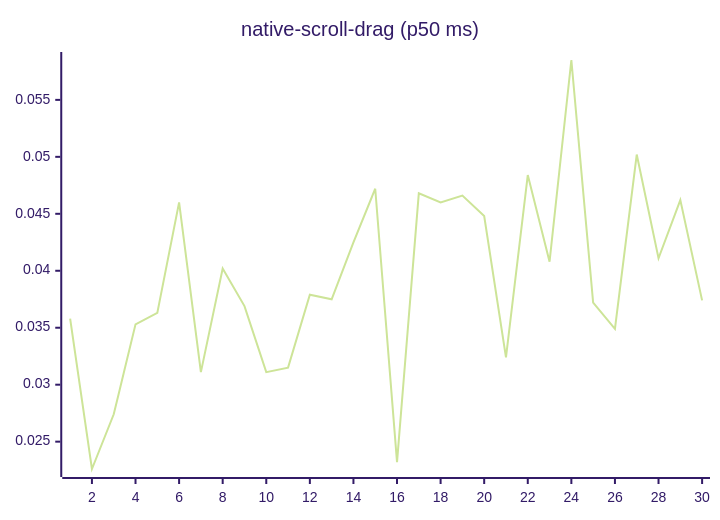
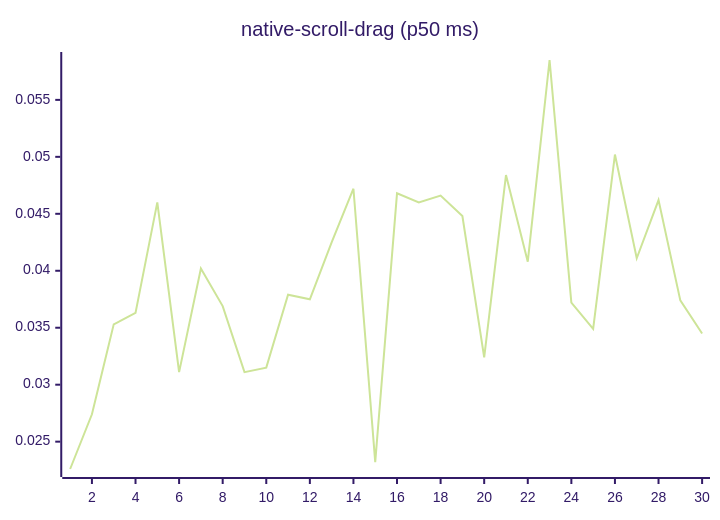
One commit to josha/Facet changed diagram 14 of 27 in README.md. Above: the diagram before and after it, drawn with Mermaid (forest theme). The commit also changed other lines of this file and 2 other files, not shown here.

````diff
--- a/README.md
+++ b/README.md
@@ -154,6 +154,6 @@
 ```mermaid
 xychart-beta
     title "native-scroll-drag (p50 ms)"
     x-axis 1 --> 30
-    line [0.0358, 0.0226, 0.0274, 0.0353, 0.0363, 0.0460, 0.0311, 0.0402, 0.0369, 0.0311, 0.0315, 0.0379, 0.0375, 0.0425, 0.0472, 0.0232, 0.0468, 0.0460, 0.0466, 0.0448, 0.0324, 0.0484, 0.0408, 0.0585, 0.0372, 0.0349, 0.0502, 0.0411, 0.0462, 0.0374]
+    line [0.0226, 0.0274, 0.0353, 0.0363, 0.0460, 0.0311, 0.0402, 0.0369, 0.0311, 0.0315, 0.0379, 0.0375, 0.0425, 0.0472, 0.0232, 0.0468, 0.0460, 0.0466, 0.0448, 0.0324, 0.0484, 0.0408, 0.0585, 0.0372, 0.0349, 0.0502, 0.0411, 0.0462, 0.0374, 0.0345]
 ```
````
